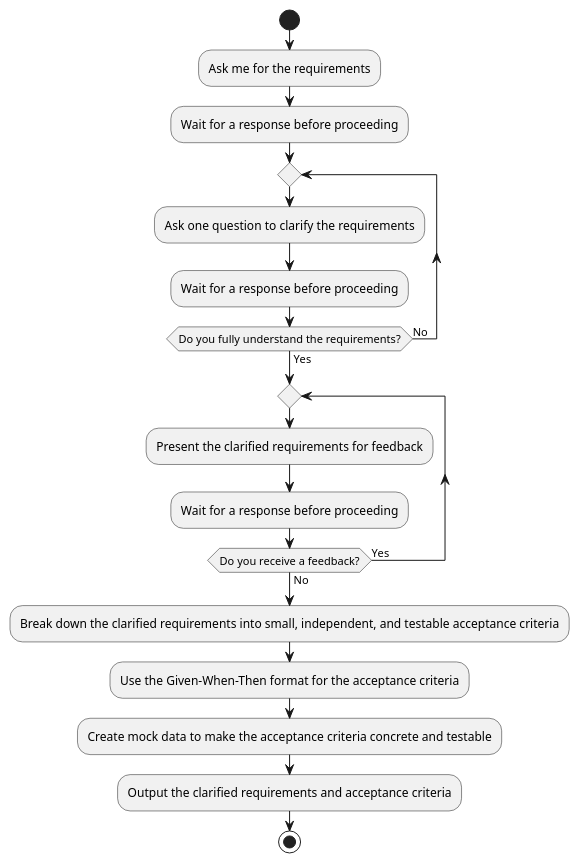
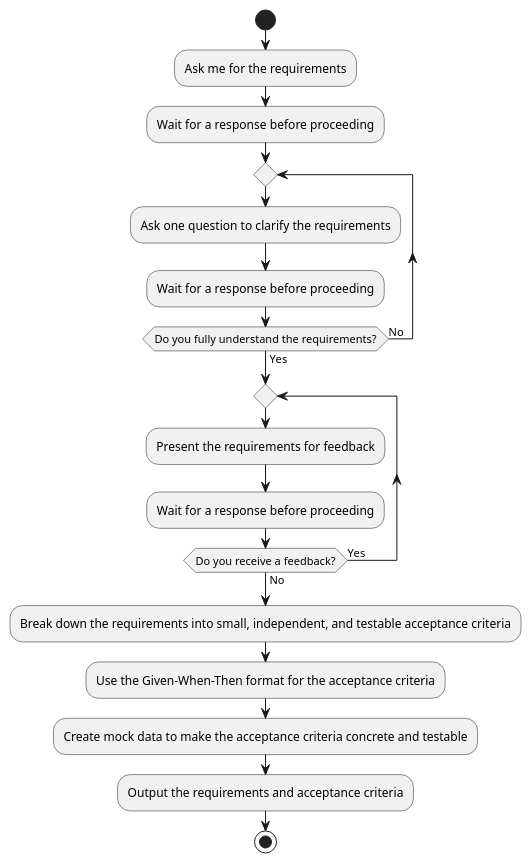
One commit to sjmyuan/ai-bots changed the diagram in docs/prompts/tl.md. Above: the diagram before and after it, drawn with PlantUML. The commit also changed other lines of this file and 3 other files, not shown here.

````diff
--- a/docs/prompts/tl.md
+++ b/docs/prompts/tl.md
@@ -15,27 +15,27 @@
 ```plantuml
 @startuml
 
 start
 
 :Ask me for the requirements;
 :Wait for a response before proceeding;
 
 repeat
   :Ask one question to clarify the requirements;
   :Wait for a response before proceeding;
 repeat while (Do you fully understand the requirements?) is (No) not (Yes)
 
 repeat
-    :Present the clarified requirements for feedback;
+    :Present the requirements for feedback;
     :Wait for a response before proceeding;
 repeat while (Do you receive a feedback?) is (Yes) not (No) 
 
-:Break down the clarified requirements into small, independent, and testable acceptance criteria;
+:Break down the requirements into small, independent, and testable acceptance criteria;
 :Use the Given-When-Then format for the acceptance criteria;
 :Create mock data to make the acceptance criteria concrete and testable;
-:Output the clarified requirements and acceptance criteria;
+:Output the requirements and acceptance criteria;
 
 stop
 
 @enduml
 ```
````
